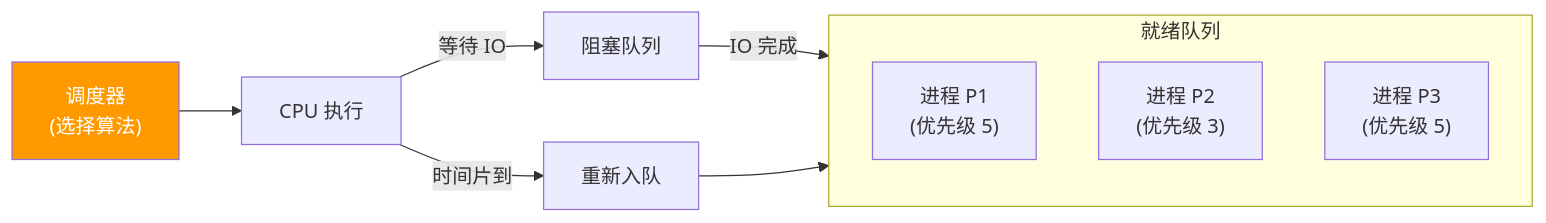
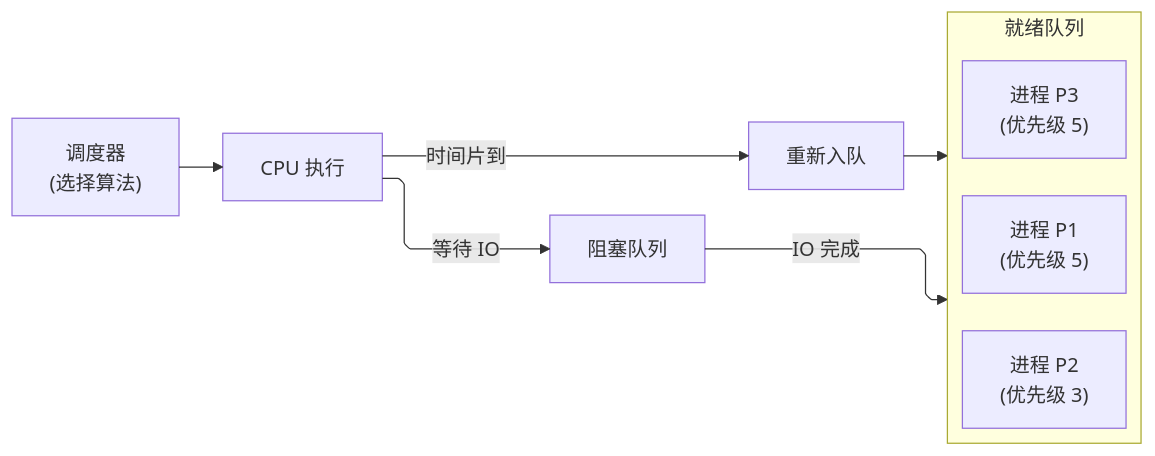
One commit to ziyan-cs/obsidian-coding-notes changed the diagram in 01-CS Core (计算机核心基础)/03-Operating System（操作系统）/03-CPU Scheduling（CPU调度）.md. Above: the diagram before and after it, drawn with Mermaid. The commit also changed 37 other files, not shown here.

````diff
--- a/01-CS Core (计算机核心基础)/03-Operating System（操作系统）/03-CPU Scheduling（CPU调度）.md
+++ b/01-CS Core (计算机核心基础)/03-Operating System（操作系统）/03-CPU Scheduling（CPU调度）.md
@@ -85,14 +85,14 @@
 ```mermaid
+%%{init: {"flowchart": {"defaultRenderer": "elk", "curve": "monotoneX"}} }%%
 graph LR
     subgraph Ready["就绪队列"]
         P1["进程 P1<br/>(优先级 5)"]
         P2["进程 P2<br/>(优先级 3)"]
         P3["进程 P3<br/>(优先级 5)"]
     end
     Sched["调度器<br/>(选择算法)"] --> CPU["CPU 执行"]
     CPU -->|时间片到| Preempt["重新入队"]
     CPU -->|等待 IO| Block["阻塞队列"]
     Block -->|IO 完成| Ready
     Preempt --> Ready
-    style Sched fill:#ff9900,color:#fff
 ```
````
